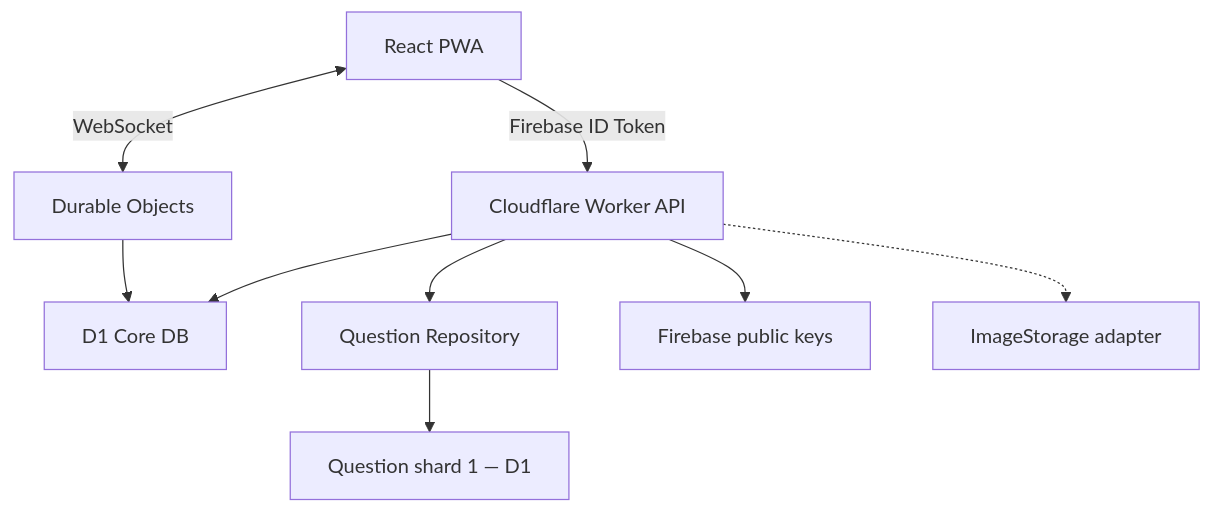
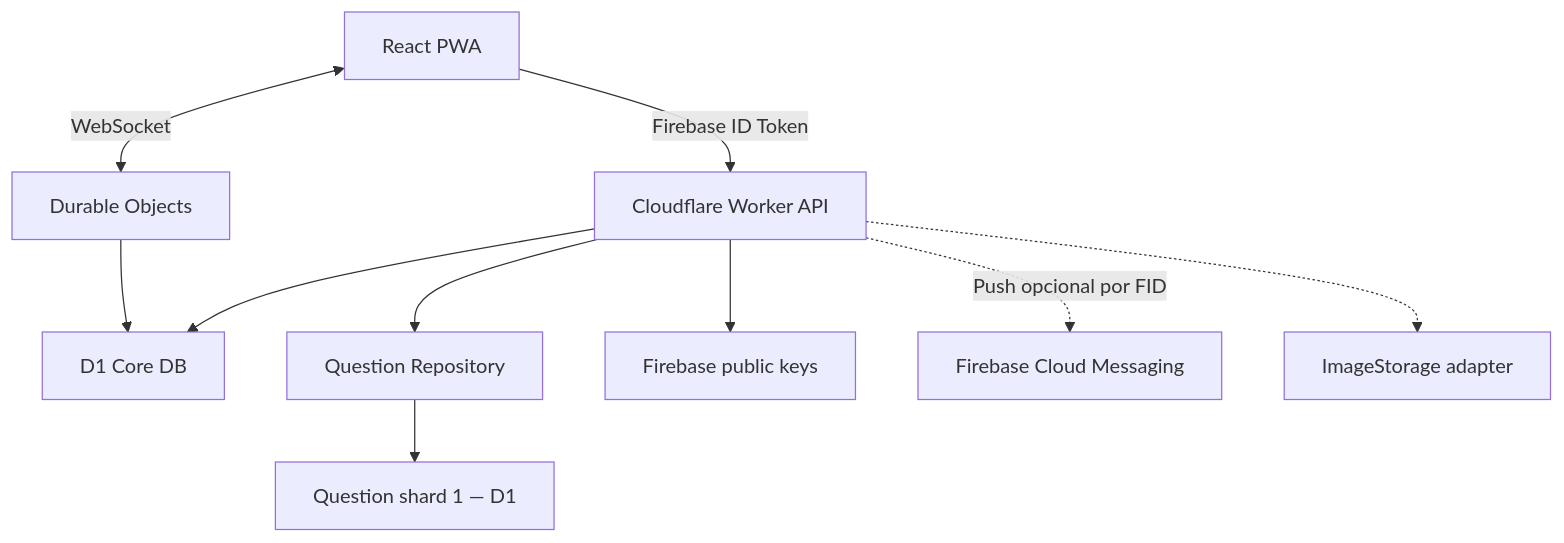
The diagram in docs/ARCHITECTURE.md (Fomes1574/QuizGomes), drawn with Mermaid before and after one commit. The commit also changed other lines of this file and 6 other files, not shown here.

````diff
--- a/docs/ARCHITECTURE.md
+++ b/docs/ARCHITECTURE.md
@@ -5,11 +5,12 @@
 ```mermaid
 flowchart TD
   Web["React PWA"] -->|"Firebase ID Token"| Worker["Cloudflare Worker API"]
   Web <-->|"WebSocket"| DO["Durable Objects"]
   Worker --> D1["D1 Core DB"]
   Worker --> Repo["Question Repository"]
   Repo --> Q1["Question shard 1 — D1"]
   DO --> D1
   Worker --> Auth["Firebase public keys"]
+  Worker -.->|"Push opcional por FID"| FCM["Firebase Cloud Messaging"]
   Worker -.-> Images["ImageStorage adapter"]
 ```
````
